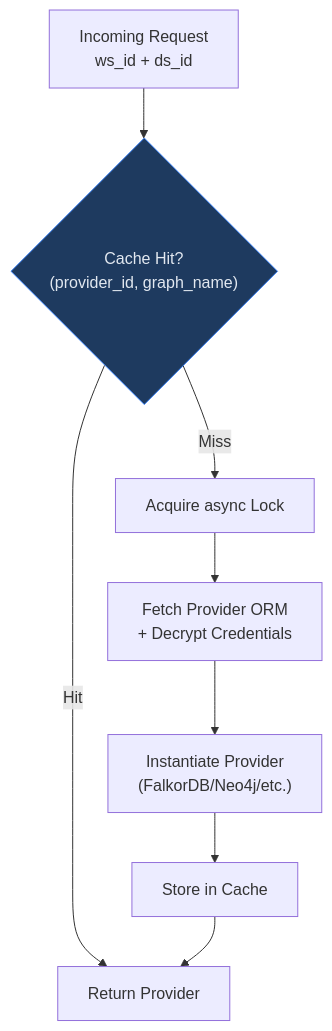
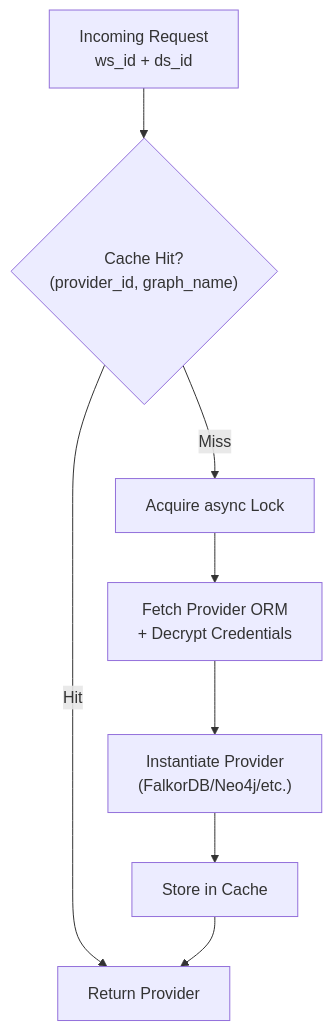
The fourth of 8 diagrams in docs/BACKEND.md (rkrumins/dataviz), drawn with Mermaid before and after one commit. The commit also changed other lines of this file and 46 other files, not shown here.

````diff
--- a/docs/BACKEND.md
+++ b/docs/BACKEND.md
@@ -295,20 +288,19 @@
 ```mermaid
 graph TB
     Request["Incoming Request<br/>ws_id + ds_id"]
     Cache{"Cache Hit?<br/>(provider_id, graph_name)"}
     Lock["Acquire async Lock"]
     Fetch["Fetch Provider ORM<br/>+ Decrypt Credentials"]
     Instantiate["Instantiate Provider<br/>(FalkorDB/Neo4j/etc.)"]
     Store["Store in Cache"]
     Return["Return Provider"]
 
     Request --> Cache
     Cache -->|Hit| Return
     Cache -->|Miss| Lock
     Lock --> Fetch
     Fetch --> Instantiate
     Instantiate --> Store
     Store --> Return
 
-    style Cache fill:#1e3a5f,stroke:#3b82f6,color:#e2e8f0
 ```
````
